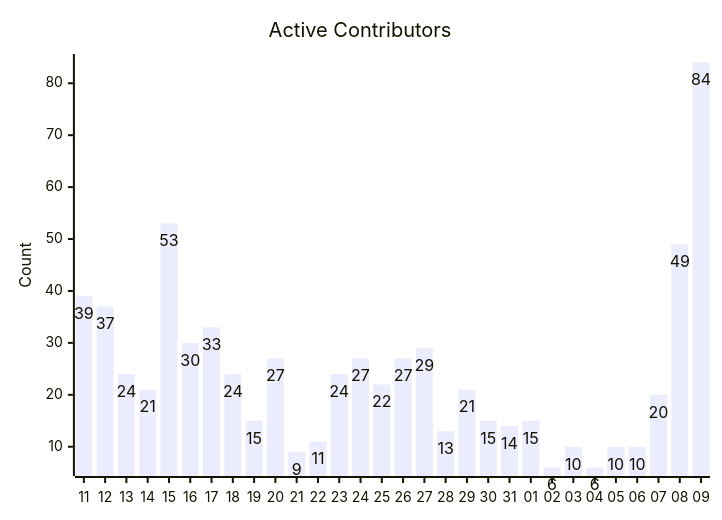
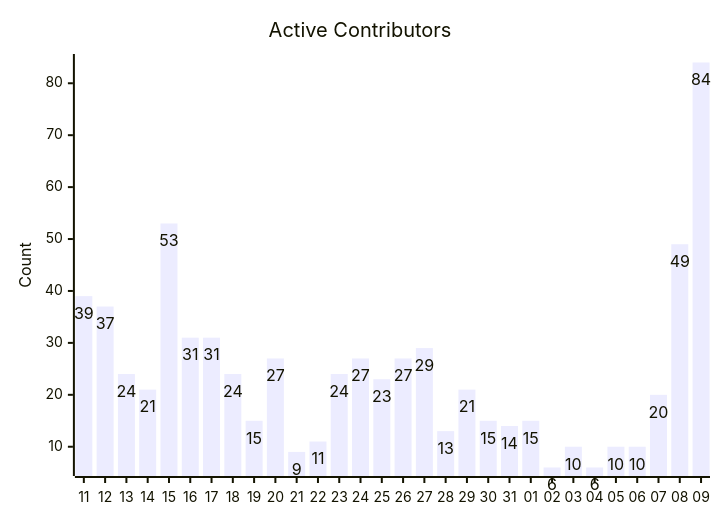
The fifth of 7 diagrams in triage/CONTRIBUTION_METRICS.md (cocosheng-g/gemini-cli), drawn with Mermaid before and after one commit. The commit also changed other lines of this file, not shown here.

````diff
--- a/triage/CONTRIBUTION_METRICS.md
+++ b/triage/CONTRIBUTION_METRICS.md
@@ -92,12 +92,12 @@
 ```mermaid
 ---
 config:
   xyChart:
     showDataLabel: true
 ---
 xychart-beta
     title "Active Contributors"
     x-axis ["11", "12​", "13​​", "14​​​", "15​​​​", "16​​​​​", "17​​​​​​", "18​​​​​​​", "19​​​​​​​​", "20​​​​​​​​​", "21​​​​​​​​​​", "22​​​​​​​​​​​", "23​​​​​​​​​​​​", "24​​​​​​​​​​​​​", "25​​​​​​​​​​​​​​", "26​​​​​​​​​​​​​​​", "27​​​​​​​​​​​​​​​​", "28​​​​​​​​​​​​​​​​​", "29​​​​​​​​​​​​​​​​​​", "30​​​​​​​​​​​​​​​​​​​", "31​​​​​​​​​​​​​​​​​​​​", "01​​​​​​​​​​​​​​​​​​​​​", "02​​​​​​​​​​​​​​​​​​​​​​", "03​​​​​​​​​​​​​​​​​​​​​​​", "04​​​​​​​​​​​​​​​​​​​​​​​​", "05​​​​​​​​​​​​​​​​​​​​​​​​​", "06​​​​​​​​​​​​​​​​​​​​​​​​​​", "07​​​​​​​​​​​​​​​​​​​​​​​​​​​", "08​​​​​​​​​​​​​​​​​​​​​​​​​​​​", "09​​​​​​​​​​​​​​​​​​​​​​​​​​​​​"]
     y-axis "Count"
-    bar [39, 37, 24, 21, 53, 30, 33, 24, 15, 27, 9, 11, 24, 27, 22, 27, 29, 13, 21, 15, 14, 15, 6, 10, 6, 10, 10, 20, 49, 84]
+    bar [39, 37, 24, 21, 53, 31, 31, 24, 15, 27, 9, 11, 24, 27, 23, 27, 29, 13, 21, 15, 14, 15, 6, 10, 6, 10, 10, 20, 49, 84]
 ```
````
